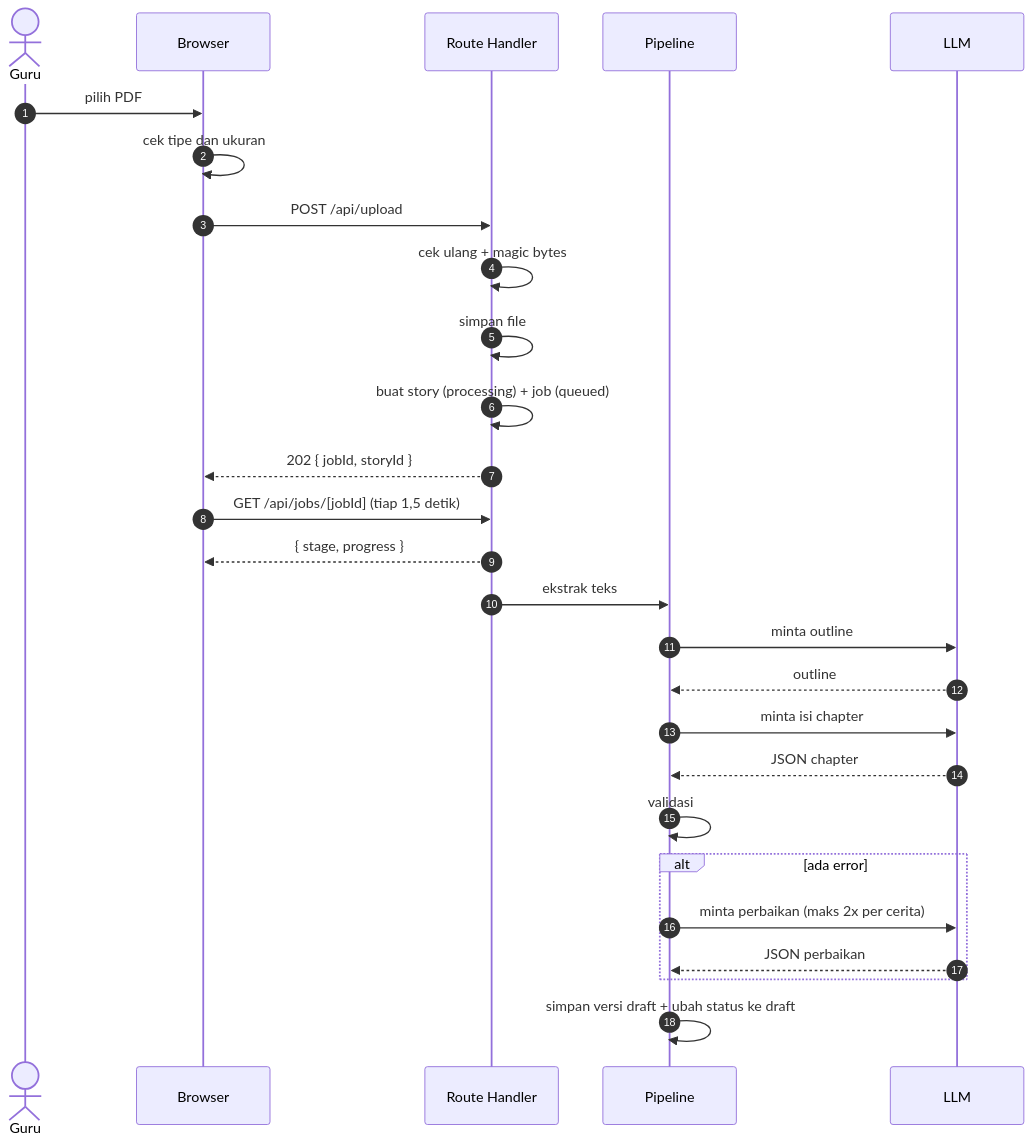
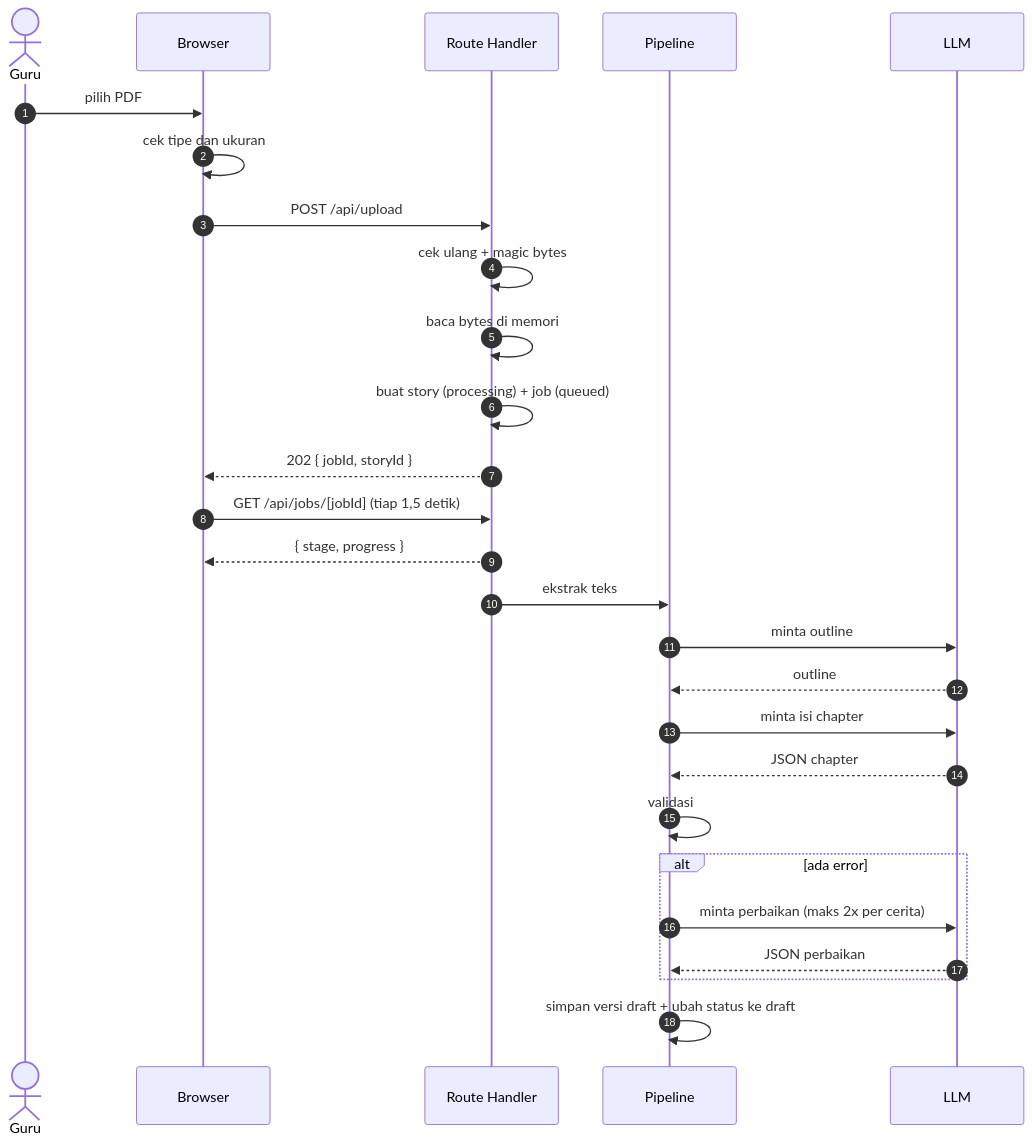
Before and after one commit to justeita/ClassQuest: the first of 4 diagrams in docs/01-architecture/data-flow.md, drawn with Mermaid. The commit also changed other lines of this file and 8 other files, not shown here.

````diff
--- a/docs/01-architecture/data-flow.md
+++ b/docs/01-architecture/data-flow.md
@@ -32,30 +32,30 @@
 ```mermaid
 sequenceDiagram
     autonumber
     actor G as Guru
     participant C as Browser
     participant R as Route Handler
     participant P as Pipeline
     participant L as LLM
 
     G->>C: pilih PDF
     C->>C: cek tipe dan ukuran
     C->>R: POST /api/upload
     R->>R: cek ulang + magic bytes
-    R->>R: simpan file
+    R->>R: baca bytes di memori
     R->>R: buat story (processing) + job (queued)
     R-->>C: 202 { jobId, storyId }
     C->>R: GET /api/jobs/[jobId] (tiap 1,5 detik)
     R-->>C: { stage, progress }
     R->>P: ekstrak teks
     P->>L: minta outline
     L-->>P: outline
     P->>L: minta isi chapter
     L-->>P: JSON chapter
     P->>P: validasi
     alt ada error
         P->>L: minta perbaikan (maks 2x per cerita)
         L-->>P: JSON perbaikan
     end
     P->>P: simpan versi draft + ubah status ke draft
 ```
````
